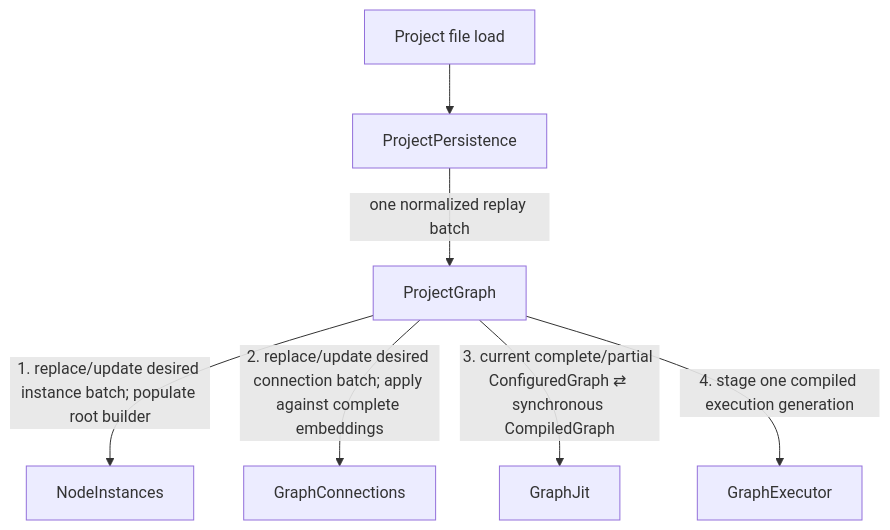
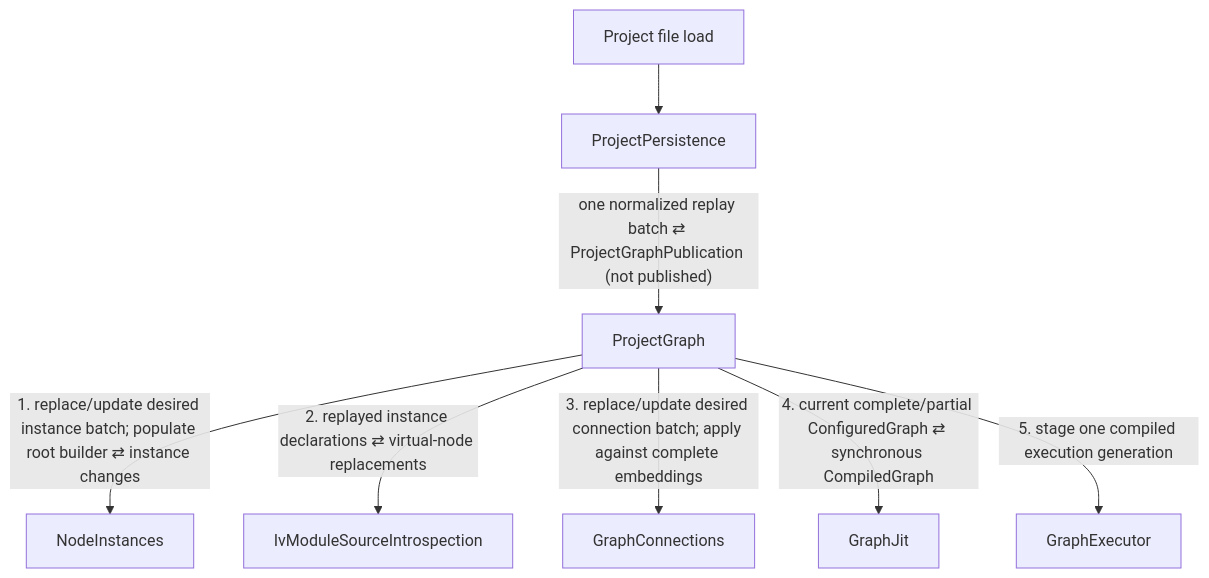
Before and after one commit to ljleb/intravenous: the first of 2 diagrams in docs/event_flows/startup_and_project_replay.md, drawn with Mermaid. The commit also changed other lines of this file and 72 other files, not shown here.

Commit message:
refact app module graph for tree event propagation

````diff
--- a/docs/event_flows/startup_and_project_replay.md
+++ b/docs/event_flows/startup_and_project_replay.md
@@ -10,17 +10,19 @@
 ```mermaid
 flowchart TD
     SRC["Project file load"]
     PP["ProjectPersistence"]
     PG["ProjectGraph"]
     NI["NodeInstances"]
     GC["GraphConnections"]
+    IMSI["IvModuleSourceIntrospection"]
     GJ["GraphJit"]
     GE["GraphExecutor"]
 
     SRC --> PP
-    PP -->|"one normalized replay batch"| PG
-    PG -->|"1. replace/update desired instance batch; populate root builder"| NI
-    PG -->|"2. replace/update desired connection batch; apply against complete embeddings"| GC
-    PG -->|"3. current complete/partial ConfiguredGraph ⇄ synchronous CompiledGraph"| GJ
-    PG -->|"4. stage one compiled execution generation"| GE
+    PP -->|"one normalized replay batch ⇄ ProjectGraphPublication (not published)"| PG
+    PG -->|"1. replace/update desired instance batch; populate root builder ⇄ instance changes"| NI
+    PG -->|"2. replayed instance declarations ⇄ virtual-node replacements"| IMSI
+    PG -->|"3. replace/update desired connection batch; apply against complete embeddings"| GC
+    PG -->|"4. current complete/partial ConfiguredGraph ⇄ synchronous CompiledGraph"| GJ
+    PG -->|"5. stage one compiled execution generation"| GE
 ```
````
